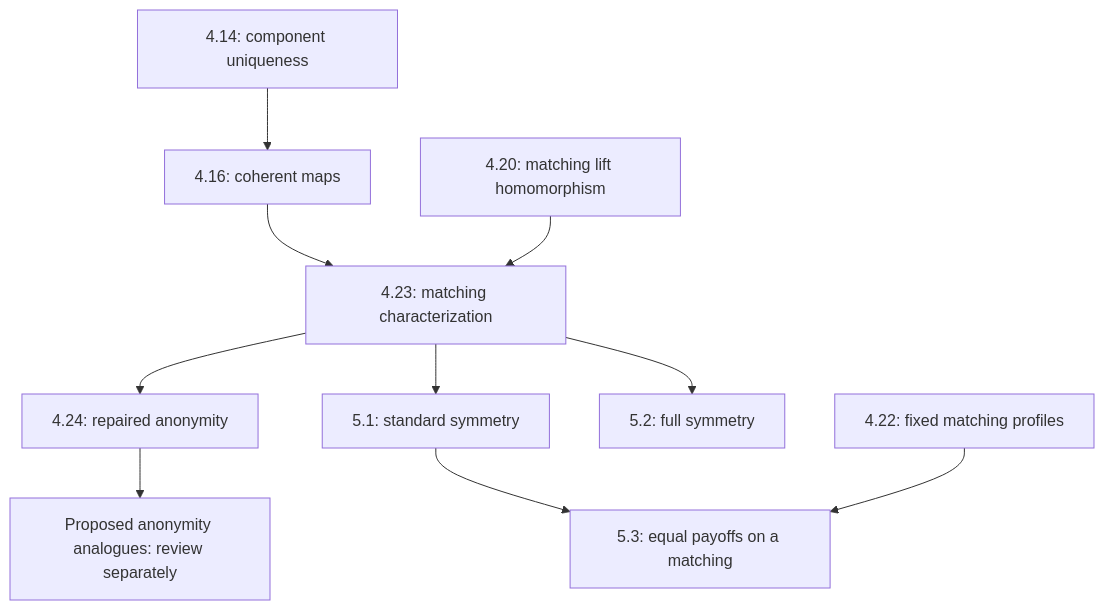
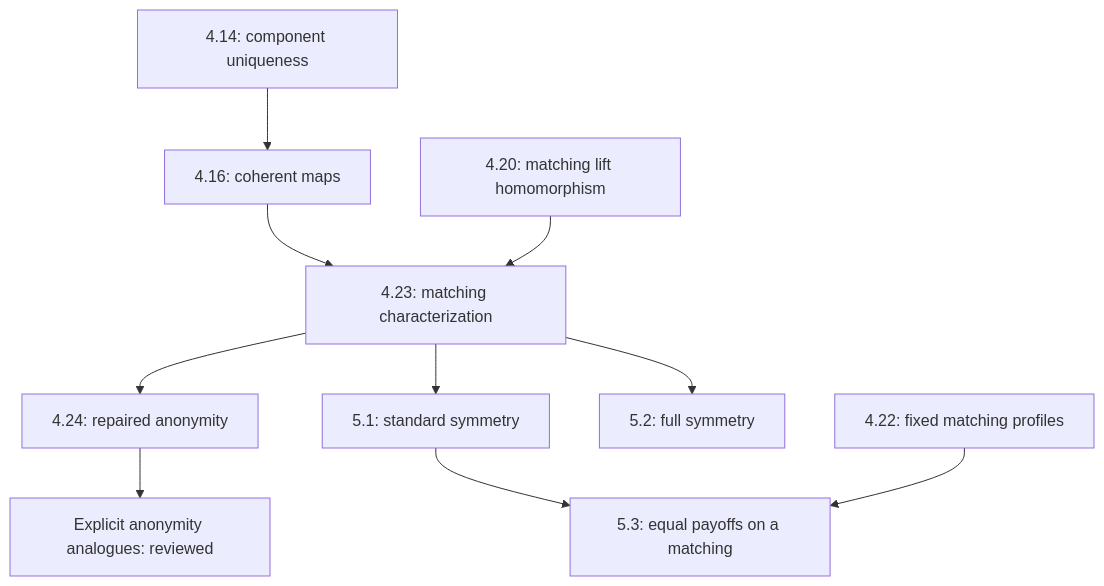
One commit to n-ham-research/game-symmetry changed the diagram in research/dependencies.md. Above: the diagram before and after it, drawn with Mermaid. The commit also changed 32 other files, not shown here.

````diff
--- a/research/dependencies.md
+++ b/research/dependencies.md
@@ -5,12 +5,12 @@
 ```mermaid
 graph TD
   A[4.14: component uniqueness] --> B[4.16: coherent maps]
   B --> C[4.23: matching characterization]
   M[4.20: matching lift homomorphism] --> C
   C --> D[4.24: repaired anonymity]
   C --> E[5.1: standard symmetry]
   C --> F[5.2: full symmetry]
   E --> G[5.3: equal payoffs on a matching]
   P[4.22: fixed matching profiles] --> G
-  D --> U[Proposed anonymity analogues: review separately]
+  D --> U[Explicit anonymity analogues: reviewed]
 ```
````
